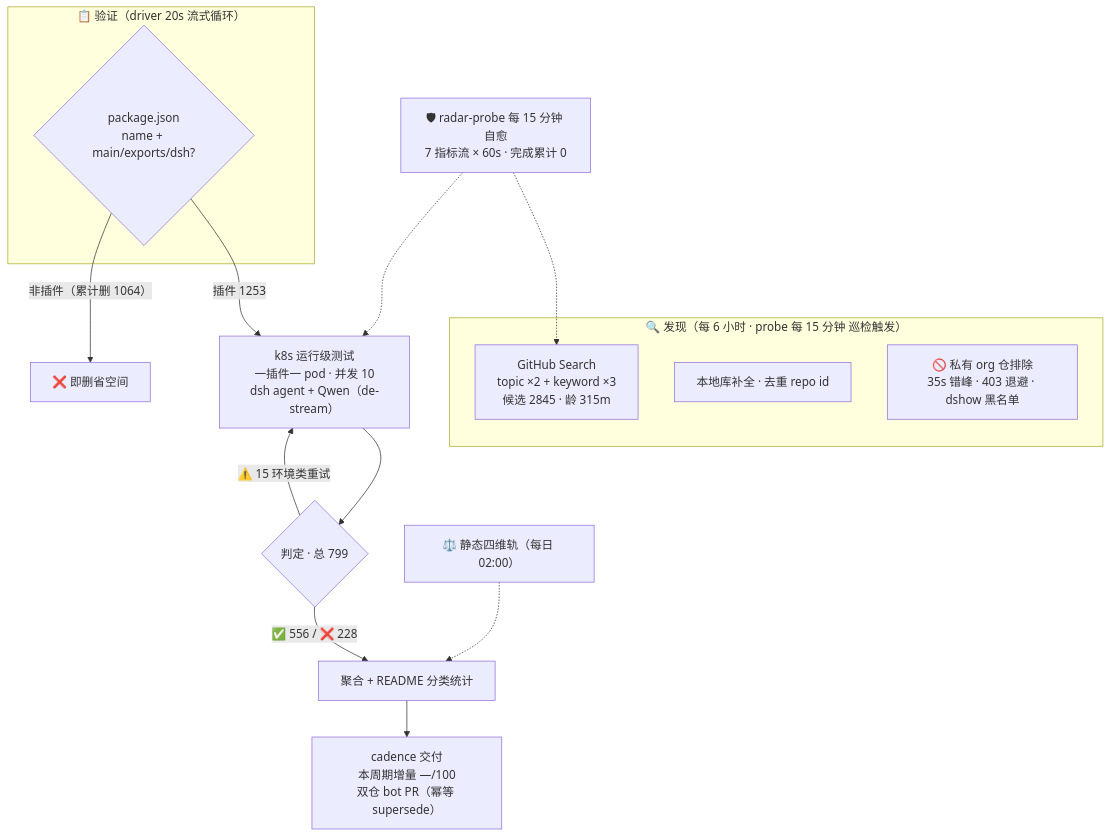
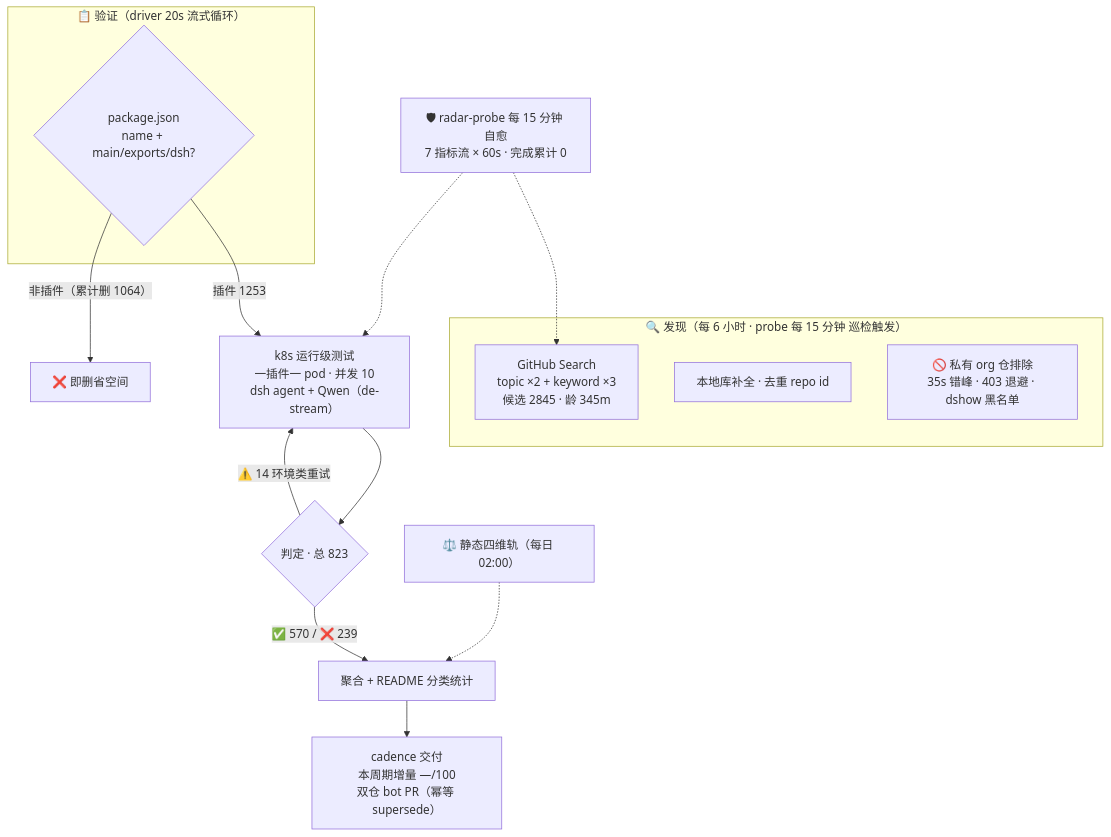
Before and after one commit to Zhidao-Lab-OSS/awesome-dsh-plugins: the diagram in README.md, drawn with Mermaid. The commit also changed other lines of this file and 1 other file, not shown here.

````diff
--- a/README.md
+++ b/README.md
@@ -32,20 +32,20 @@
 ```mermaid
 flowchart TB
     subgraph Discovery["🔍 发现（每 6 小时 · probe 每 15 分钟 巡检触发）"]
-        A1["GitHub Search<br/>topic ×2 + keyword ×3<br/>候选 2845 · 龄 315m"]
+        A1["GitHub Search<br/>topic ×2 + keyword ×3<br/>候选 2845 · 龄 345m"]
         A2["本地库补全 · 去重 repo id"]
         A3["🚫 私有 org 仓排除<br/>35s 错峰 · 403 退避 · dshow 黑名单"]
     end
     subgraph Validation["📋 验证（driver 20s 流式循环）"]
         B1{"package.json<br/>name + main/exports/dsh?"}
     end
     B1 -->|"插件 1253"| C1["k8s 运行级测试<br/>一插件一 pod · 并发 10<br/>dsh agent + Qwen（de-stream）"]
     B1 -->|"非插件（累计删 1064）"| B3["❌ 即删省空间"]
-    C1 --> D1{"判定 · 总 799"}
-    D1 -->|"✅ 556 / ❌ 228"| E1["聚合 + README 分类统计"]
-    D1 -->|"⚠️ 15 环境类重试"| C1
+    C1 --> D1{"判定 · 总 823"}
+    D1 -->|"✅ 570 / ❌ 239"| E1["聚合 + README 分类统计"]
+    D1 -->|"⚠️ 14 环境类重试"| C1
     E1 --> E2["cadence 交付<br/>本周期增量 —/100<br/>双仓 bot PR（幂等 supersede）"]
     S["⚖️ 静态四维轨（每日 02:00）"] -.-> E1
     M["🛡 radar-probe 每 15 分钟 自愈<br/>7 指标流 × 60s · 完成累计 0"] -.-> A1
     M -.-> C1
 ```
````
